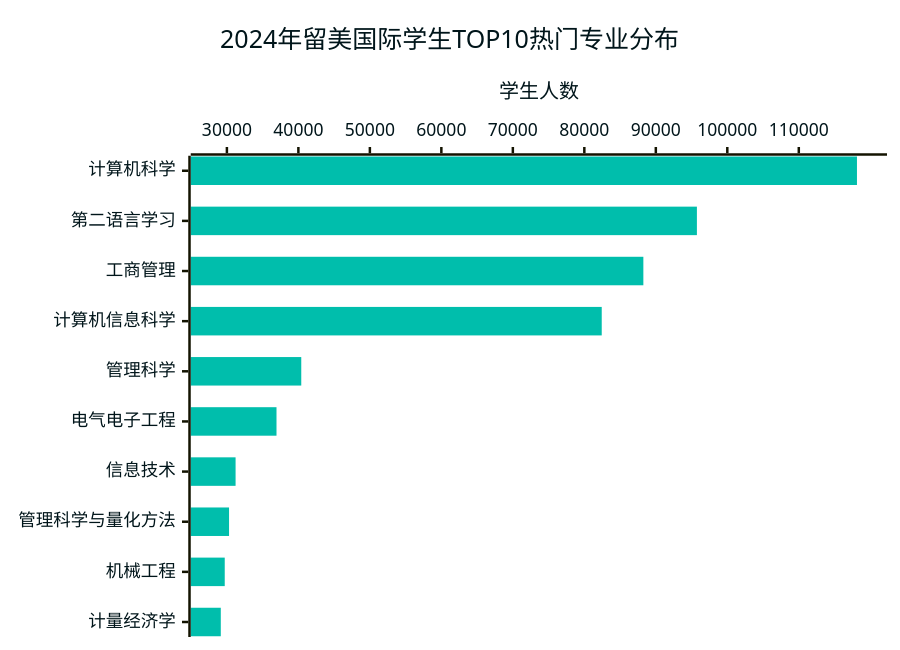
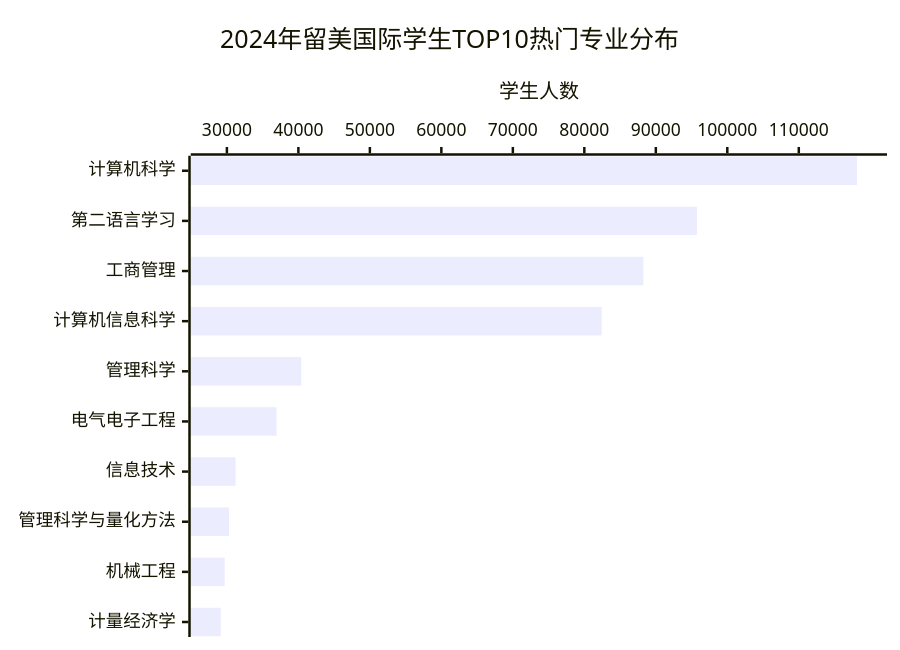
Before and after one commit to green-dalii/edugrow: the third of 3 diagrams in src/content/blog/2025-sevis-report-insight.md, drawn with Mermaid. The commit also changed other lines of this file and 5 other files, not shown here.

Commit message:
修复Mermaid渲染bug

````diff
--- a/src/content/blog/2025-sevis-report-insight.md
+++ b/src/content/blog/2025-sevis-report-insight.md
@@ -174,20 +150,9 @@
 ```mermaid
 ---
 title: 2024年留美国际学生TOP10热门专业分布
-config:
-  theme: base
-  themeVariables:
-    background: #b8e6e3
-    xyChart:
-      titleColor: "#00151a"
-      xAxisLabelColor: "#00151a"
-      xAxisTitleColor: "#00151a"
-      yAxisLabelColor: "#00151a"
-      yAxisTitleColor: "#00151a"
-      plotColorPalette: "#00beac,#0097b3,#006072,#008c7f,#00a99d,#007a8c"
 ---
 xychart-beta horizontal
 x-axis ["计算机科学", "第二语言学习", "工商管理", "计算机信息科学", "管理科学", "电气电子工程", "信息技术", "管理科学与量化方法", "机械工程", "计量经济学"]
 y-axis "学生人数"
 bar [118137, 95747, 88257, 82434, 40403, 36939, 31215, 30301, 29698, 29146]
 ```
````
